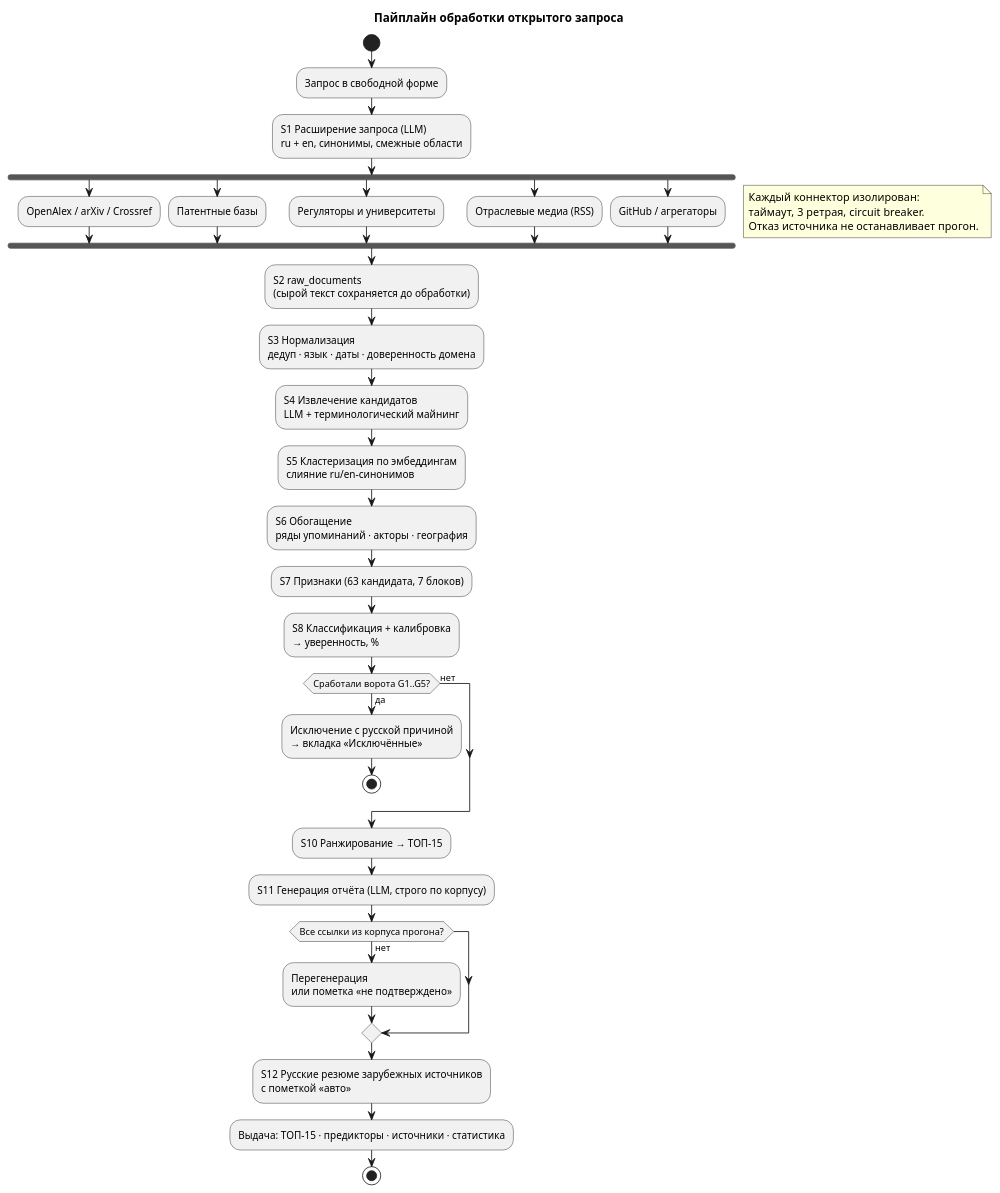
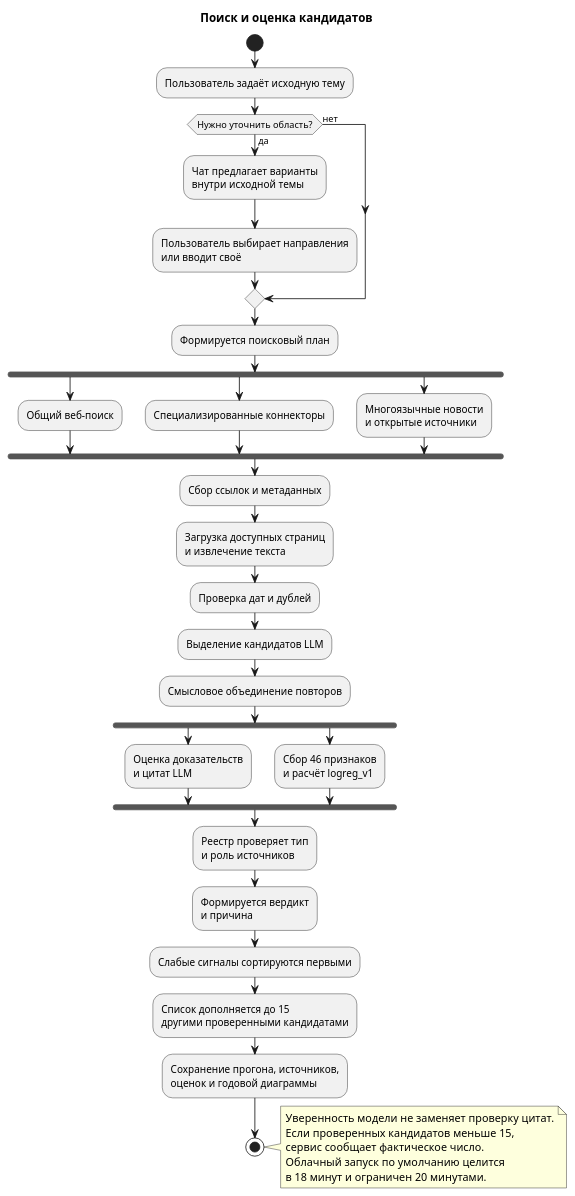
One commit to moarseniy/idea-radar changed the diagram in docs/diagrams/02-pipeline.puml. Above: the diagram before and after it, drawn with PlantUML. The commit also changed 176 other files, not shown here.

```diff
--- a/docs/diagrams/02-pipeline.puml
+++ b/docs/diagrams/02-pipeline.puml
@@ -1,44 +1,44 @@
 @startuml pipeline
-title Пайплайн обработки открытого запроса
+title Поиск и оценка кандидатов
 skinparam defaultFontName Arial
 
 start
-:Запрос в свободной форме;
-:S1 Расширение запроса (LLM)\nru + en, синонимы, смежные области;
-fork
-  :OpenAlex / arXiv / Crossref;
-fork again
-  :Патентные базы;
-fork again
-  :Регуляторы и университеты;
-fork again
-  :Отраслевые медиа (RSS);
-fork again
-  :GitHub / агрегаторы;
-end fork
-note right
-  Каждый коннектор изолирован:
-  таймаут, 3 ретрая, circuit breaker.
-  Отказ источника не останавливает прогон.
-end note
-:S2 raw_documents\n(сырой текст сохраняется до обработки);
-:S3 Нормализация\nдедуп · язык · даты · доверенность домена;
-:S4 Извлечение кандидатов\nLLM + терминологический майнинг;
-:S5 Кластеризация по эмбеддингам\nслияние ru/en-синонимов;
-:S6 Обогащение\nряды упоминаний · акторы · география;
-:S7 Признаки (63 кандидата, 7 блоков);
-:S8 Классификация + калибровка\n→ уверенность, %;
-if (Сработали ворота G1..G5?) then (да)
-  :Исключение с русской причиной\n→ вкладка «Исключённые»;
-  stop
+:Пользователь задаёт исходную тему;
+if (Нужно уточнить область?) then (да)
+  :Чат предлагает варианты\nвнутри исходной темы;
+  :Пользователь выбирает направления\nили вводит своё;
 else (нет)
 endif
-:S10 Ранжирование → ТОП-15;
-:S11 Генерация отчёта (LLM, строго по корпусу);
-if (Все ссылки из корпуса прогона?) then (нет)
-  :Перегенерация\nили пометка «не подтверждено»;
-endif
-:S12 Русские резюме зарубежных источников\nс пометкой «авто»;
-:Выдача: ТОП-15 · предикторы · источники · статистика;
+:Формируется поисковый план;
+fork
+  :Общий веб-поиск;
+fork again
+  :Специализированные коннекторы;
+fork again
+  :Многоязычные новости\nи открытые источники;
+end fork
+:Сбор ссылок и метаданных;
+:Загрузка доступных страниц\nи извлечение текста;
+:Проверка дат и дублей;
+:Выделение кандидатов LLM;
+:Смысловое объединение повторов;
+fork
+  :Оценка доказательств\nи цитат LLM;
+fork again
+  :Сбор 46 признаков\nи расчёт logreg_v1;
+end fork
+:Реестр проверяет тип\nи роль источников;
+:Формируется вердикт\nи причина;
+:Слабые сигналы сортируются первыми;
+:Список дополняется до 15\nдругими проверенными кандидатами;
+:Сохранение прогона, источников,\nоценок и годовой диаграммы;
 stop
+
+note right
+  Уверенность модели не заменяет проверку цитат.
+  Если проверенных кандидатов меньше 15,
+  сервис сообщает фактическое число.
+  Облачный запуск по умолчанию целится
+  в 18 минут и ограничен 20 минутами.
+end note
 @enduml
```
